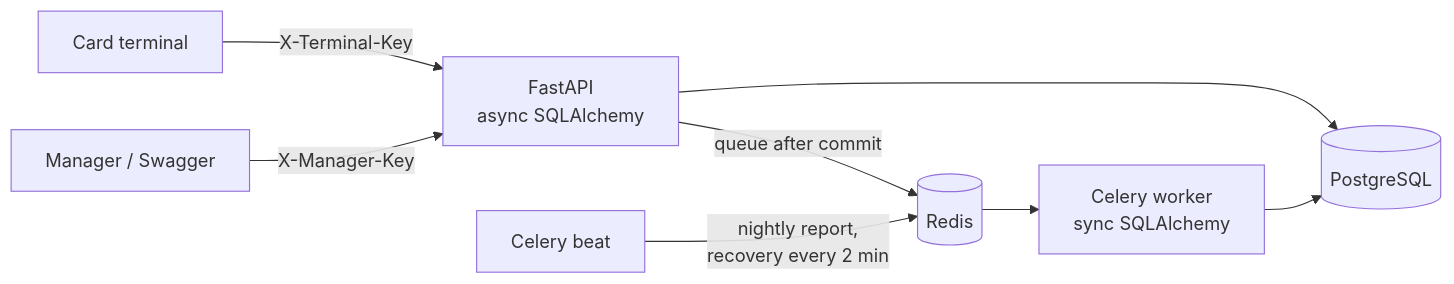
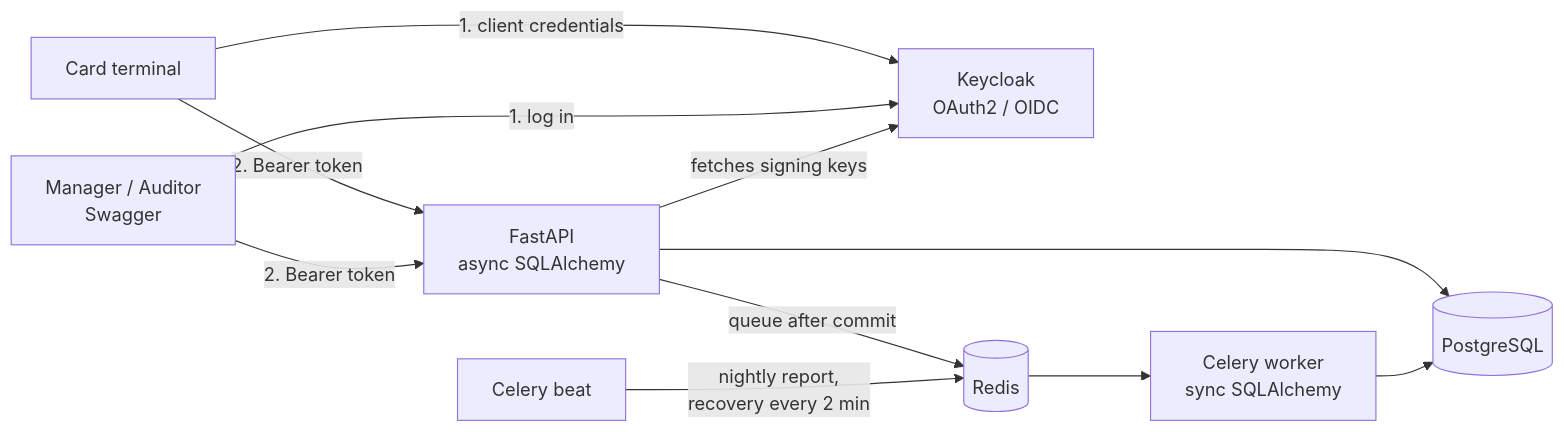
One commit to AsemMirzaeva/fuelguard changed the second of 3 diagrams in README.md. Above: the diagram before and after it, drawn with Mermaid. The commit also changed other lines of this file and 26 other files, not shown here.

First line of the commit message:
feat(auth): OAuth2 bearer tokens from Keycloak, with manager, auditor and terminal roles

````diff
--- a/README.md
+++ b/README.md
@@ -247,10 +315,13 @@
 ```mermaid
 flowchart LR
-    T[Card terminal] -- X-Terminal-Key --> API
-    M[Manager / Swagger] -- X-Manager-Key --> API
+    T[Card terminal] -- 1. client credentials --> K[Keycloak<br/>OAuth2 / OIDC]
+    M[Manager / Auditor<br/>Swagger] -- 1. log in --> K
+    T -- 2. Bearer token --> API
+    M -- 2. Bearer token --> API
+    API -- fetches signing keys --> K
     API[FastAPI<br/>async SQLAlchemy] --> DB[(PostgreSQL)]
     API -- queue after commit --> R[(Redis)]
     R --> W[Celery worker<br/>sync SQLAlchemy]
     B[Celery beat] -- nightly report,<br/>recovery every 2 min --> R
     W --> DB
 ```
````
